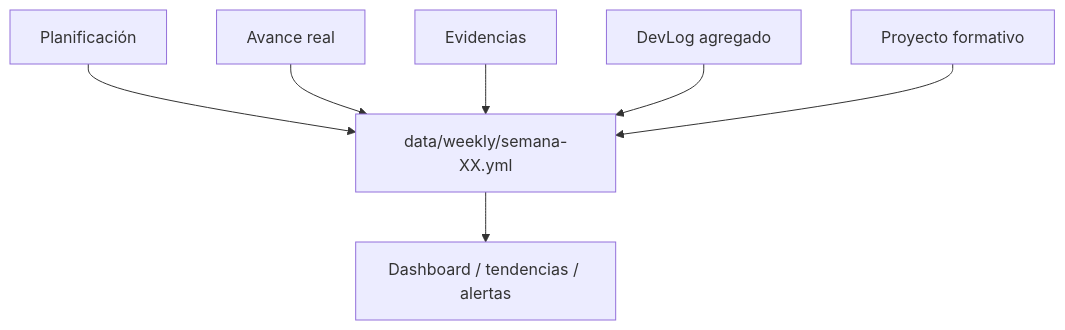
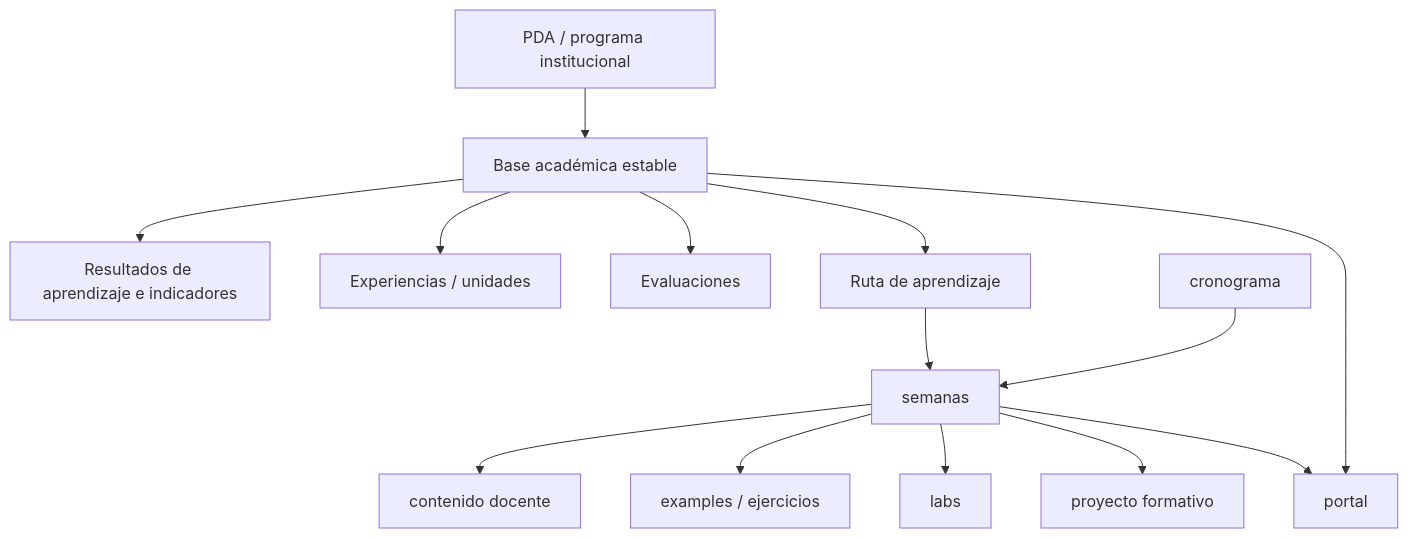
The diagram in docs/CANON-REPOSITORIO-DOCENTE.md (cmartinezs/DSY1107-DESARROLLO-CLOUD-NATIVE-I-2026-2), drawn with Mermaid before and after one commit. The commit also changed other lines of this file, not shown here.

````diff
--- a/docs/CANON-REPOSITORIO-DOCENTE.md
+++ b/docs/CANON-REPOSITORIO-DOCENTE.md
@@ -222,9 +25,16 @@
 ```mermaid
 flowchart TD
-    P[Planificación] --> W[data/weekly/semana-XX.yml]
-    A[Avance real] --> W
-    E[Evidencias] --> W
-    D[DevLog agregado] --> W
-    F[Proyecto formativo] --> W
-    W --> O[Dashboard / tendencias / alertas]
+    PDA[PDA / programa institucional] --> BASE[Base académica estable]
+    BASE --> RA[Resultados de aprendizaje e indicadores]
+    BASE --> EA[Experiencias / unidades]
+    BASE --> EV[Evaluaciones]
+    BASE --> RUTA[Ruta de aprendizaje]
+    CR[cronograma] --> SEM[semanas]
+    RUTA --> SEM
+    SEM --> CONT[contenido docente]
+    SEM --> EX[examples / ejercicios]
+    SEM --> LAB[labs]
+    SEM --> PF[proyecto formativo]
+    BASE --> WEB[portal]
+    SEM --> WEB
 ```
````
